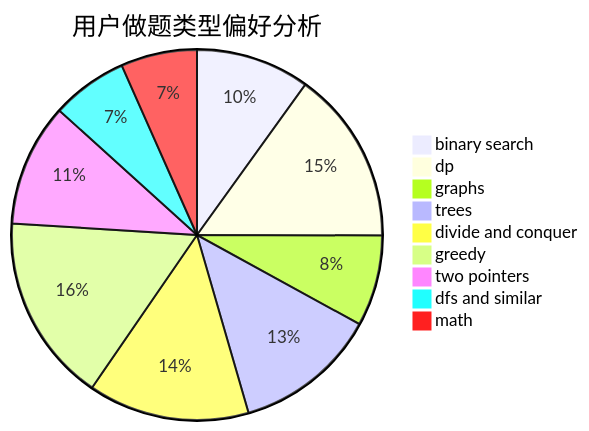
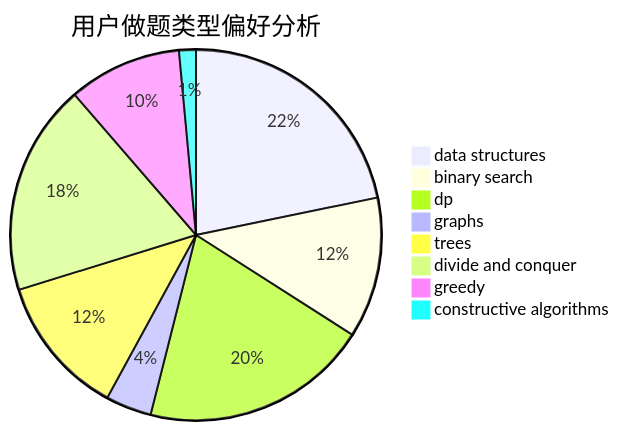
Before and after one commit to sherpahu/cfrs.github.io: the second of 3 diagrams in docs/user/u1132.md, drawn with Mermaid. The commit also changed other lines of this file and 2775 other files, not shown here.

````diff
--- a/docs/user/u1132.md
+++ b/docs/user/u1132.md
@@ -23,12 +23,11 @@
 ```mermaid
 pie title 用户做题类型偏好分析
-    "binary search" :  115
-    "dp" :  175
-    "graphs" :  92
-    "trees" :  145
-    "divide and conquer" :  163
-    "greedy" :  190
-    "two pointers" :  124
-    "dfs and similar" :  77
-    "math" :  77
+    "data structures" :  163
+    "binary search" :  92
+    "dp" :  149
+    "graphs" :  30
+    "trees" :  92
+    "divide and conquer" :  138
+    "greedy" :  74
+    "constructive algorithms" :  11
 ```
````
